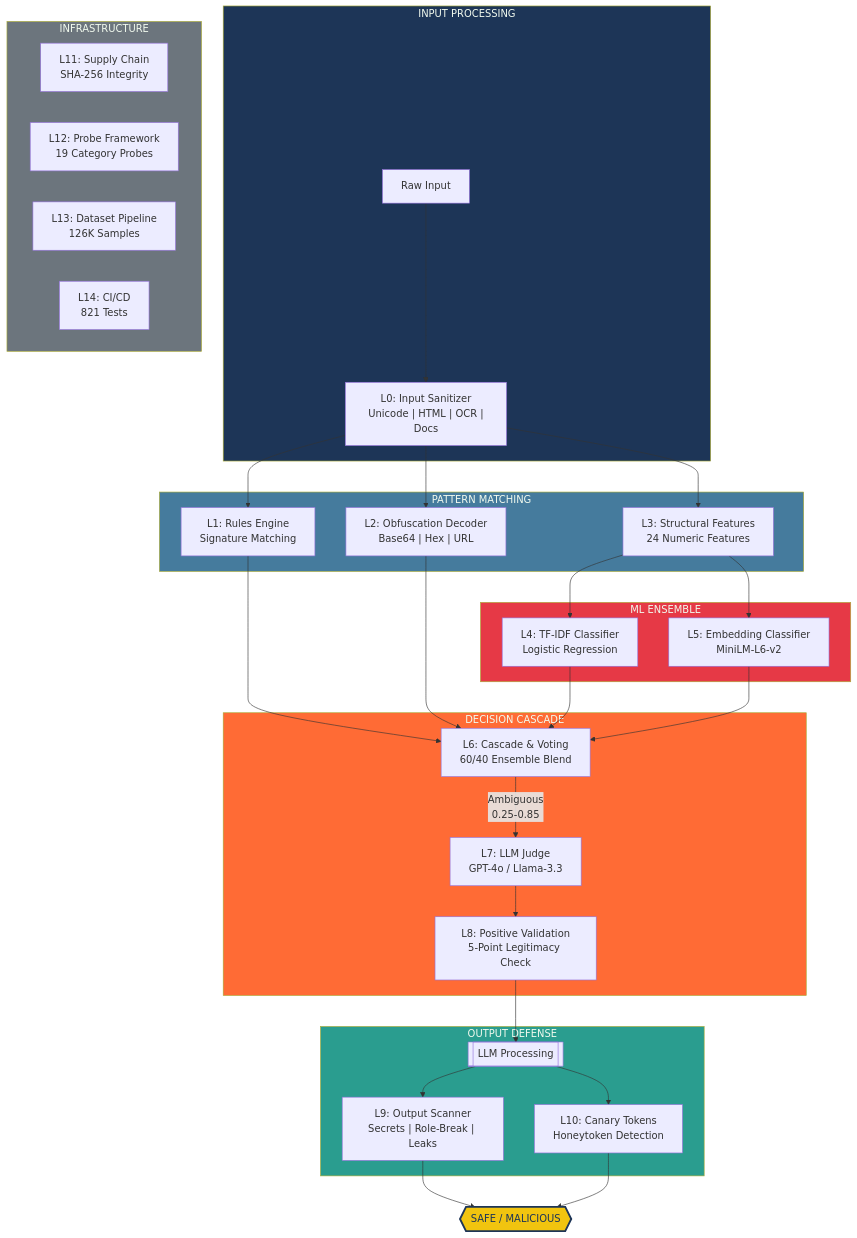
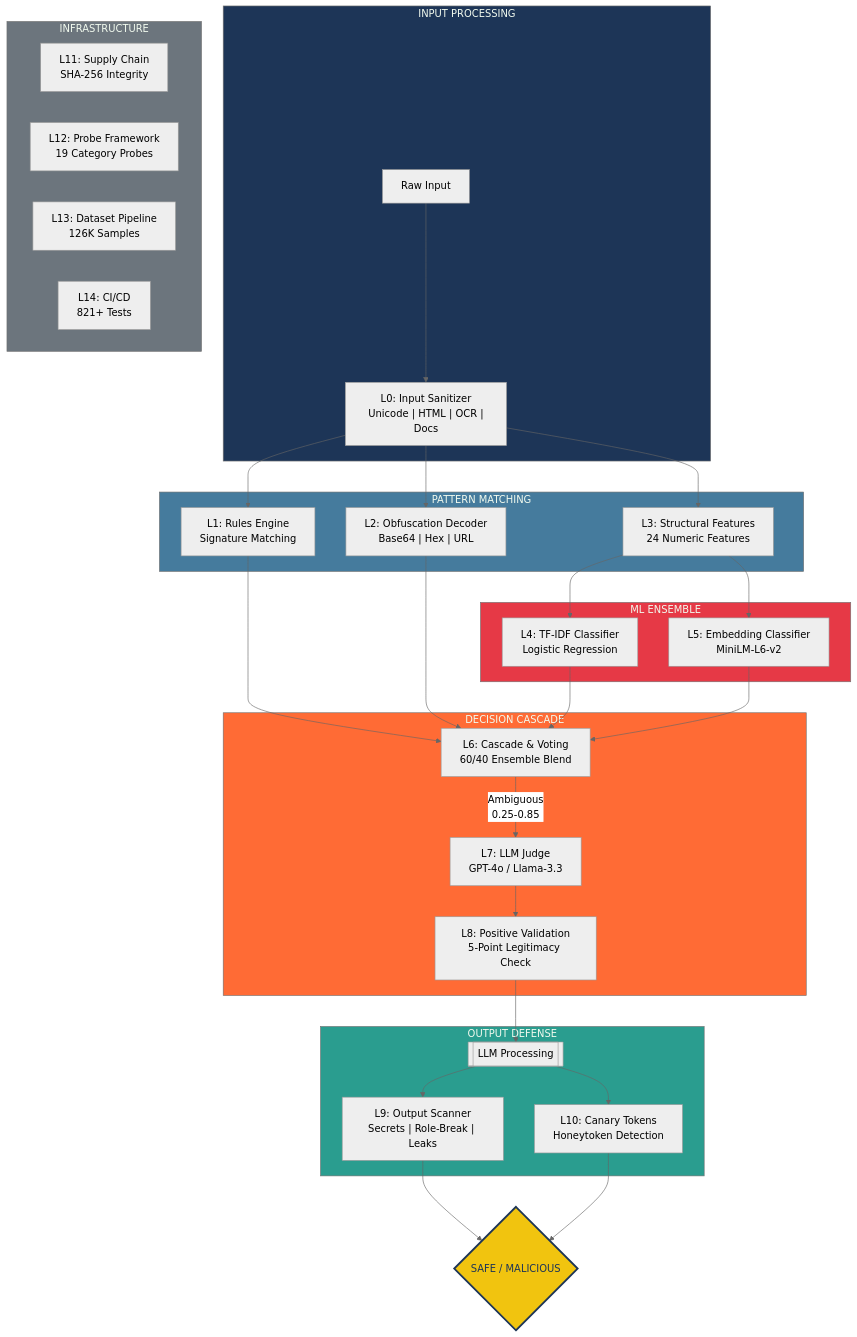
One commit to M-Abrisham/Na0S changed the first of 3 diagrams in README.md. Above: the diagram before and after it, drawn with Mermaid. The commit also changed other lines of this file and 16 other files, not shown here.

Commit message:
Interactive README with animated SVGs, Mermaid diagrams, RPG stats, capsule render

````diff
--- a/README.md
+++ b/README.md
@@ -69,50 +84,51 @@
 ```mermaid
+%%{init: {'theme':'neutral'}}%%
 flowchart TB
     subgraph Input["INPUT PROCESSING"]
         A["Raw Input"] --> L0["L0: Input Sanitizer\n Unicode | HTML | OCR | Docs"]
     end
 
     subgraph Rules["PATTERN MATCHING"]
         L0 --> L1["L1: Rules Engine\nSignature Matching"]
         L0 --> L2["L2: Obfuscation Decoder\nBase64 | Hex | URL"]
         L0 --> L3["L3: Structural Features\n24 Numeric Features"]
     end
 
     subgraph ML["ML ENSEMBLE"]
         L3 --> L4["L4: TF-IDF Classifier\nLogistic Regression"]
         L3 --> L5["L5: Embedding Classifier\nMiniLM-L6-v2"]
     end
 
     subgraph Decision["DECISION CASCADE"]
         L1 --> L6["L6: Cascade & Voting\n60/40 Ensemble Blend"]
         L2 --> L6
         L4 --> L6
         L5 --> L6
         L6 -->|"Ambiguous\n0.25-0.85"| L7["L7: LLM Judge\nGPT-4o / Llama-3.3"]
         L7 --> L8["L8: Positive Validation\n5-Point Legitimacy Check"]
     end
 
     subgraph Output["OUTPUT DEFENSE"]
         L8 --> LLM[["LLM Processing"]]
         LLM --> L9["L9: Output Scanner\nSecrets | Role-Break | Leaks"]
         LLM --> L10["L10: Canary Tokens\nHoneytoken Detection"]
     end
 
     subgraph Infra["INFRASTRUCTURE"]
         L11["L11: Supply Chain\nSHA-256 Integrity"]
         L12["L12: Probe Framework\n19 Category Probes"]
         L13["L13: Dataset Pipeline\n126K Samples"]
-        L14["L14: CI/CD\n821 Tests"]
+        L14["L14: CI/CD\n821+ Tests"]
     end
 
-    L9 --> V{{"SAFE / MALICIOUS"}}
+    L9 --> V{"SAFE / MALICIOUS"}
     L10 --> V
 
     style Input fill:#1D3557,color:#F1FAEE
     style Rules fill:#457B9D,color:#F1FAEE
     style ML fill:#E63946,color:#F1FAEE
     style Decision fill:#FF6B35,color:#F1FAEE
     style Output fill:#2A9D8F,color:#F1FAEE
     style Infra fill:#6C757D,color:#F1FAEE
     style V fill:#F1C40F,color:#1D3557,stroke:#1D3557,stroke-width:3px
 ```
````
